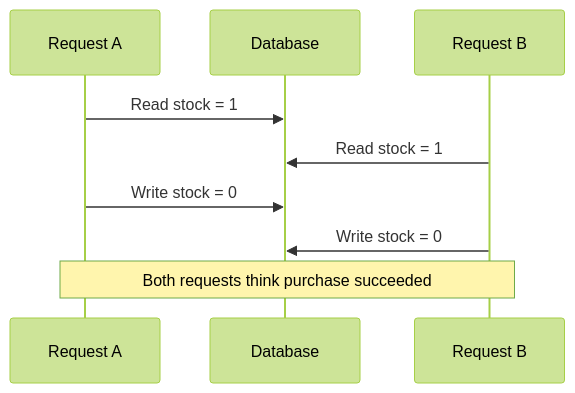
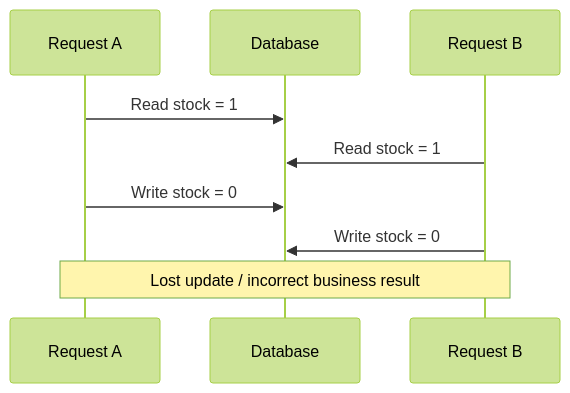
Before and after one commit to AvadhBhalodiya/Interview-Preparation: the second of 8 diagrams in src/content/django/transactions-atomic.md, drawn with Mermaid (forest theme). The commit also changed other lines of this file and 80 other files, not shown here.

````diff
--- a/src/content/django/transactions-atomic.md
+++ b/src/content/django/transactions-atomic.md
@@ -657,12 +439,13 @@
 ```mermaid
 sequenceDiagram
     participant A as Request A
     participant DB as Database
     participant B as Request B
 
     A->>DB: Read stock = 1
     B->>DB: Read stock = 1
     A->>DB: Write stock = 0
     B->>DB: Write stock = 0
-    Note over A,B: Both requests think purchase succeeded
+
+    Note over A,B: Lost update / incorrect business result
 ```
````
